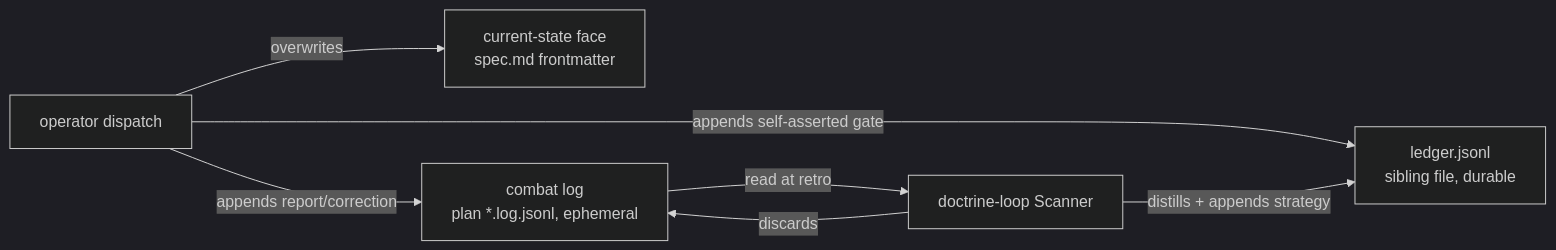
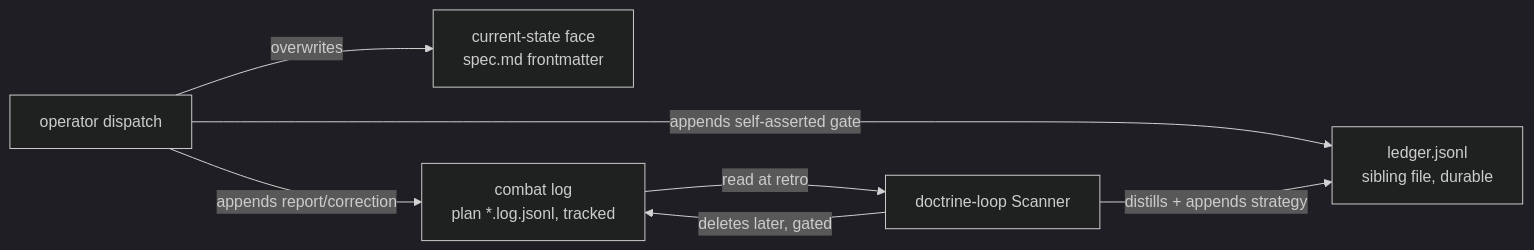
One commit to cyberuni/cyberplace changed the diagram in artifacts/specs/sdd/design/provenance-model.md. Above: the diagram before and after it, drawn with Mermaid (dark theme). The commit also changed other lines of this file and 7 other files, not shown here.

````diff
--- a/artifacts/specs/sdd/design/provenance-model.md
+++ b/artifacts/specs/sdd/design/provenance-model.md
@@ -78,9 +86,9 @@
 ```mermaid
 flowchart LR
   disp[operator dispatch] -->|overwrites| state[current-state face<br/>spec.md frontmatter]
-  disp -->|appends report/correction| clog[combat log<br/>plan *.log.jsonl, ephemeral]
+  disp -->|appends report/correction| clog[combat log<br/>plan *.log.jsonl, tracked]
   disp -->|appends self-asserted gate| ledger[ledger.jsonl<br/>sibling file, durable]
   clog -->|read at retro| scanner[doctrine-loop Scanner]
   scanner -->|distills + appends strategy| ledger
-  scanner -->|discards| clog
+  scanner -->|deletes later, gated| clog
 ```
````
